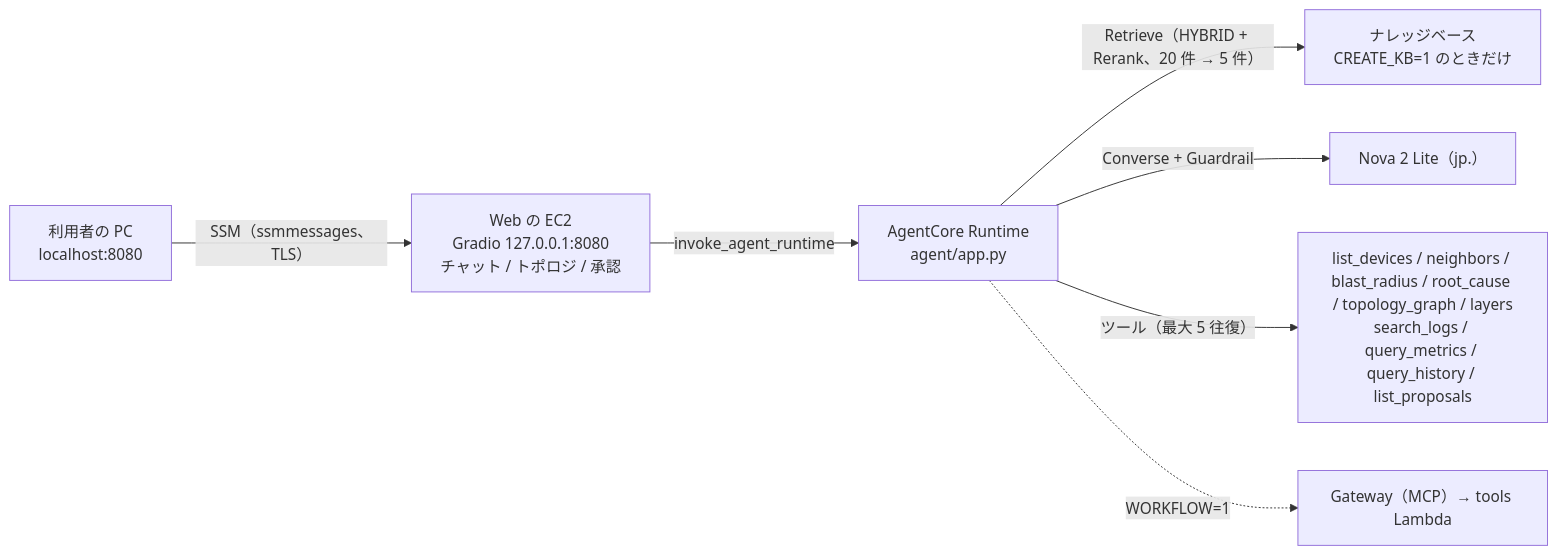
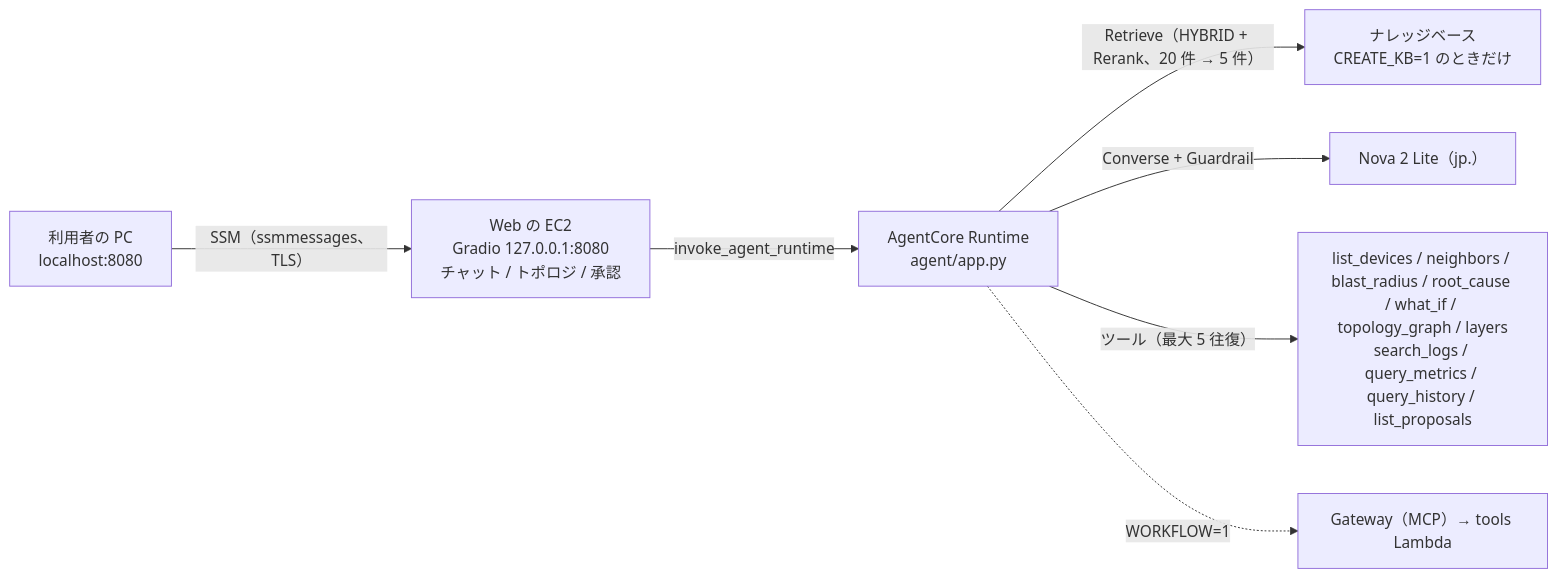
Before and after one commit to eddie-eights/nwc-poc: the diagram in docs/architecture/agent.md, drawn with Mermaid. The commit also changed 12 other files, not shown here.

````diff
--- a/docs/architecture/agent.md
+++ b/docs/architecture/agent.md
@@ -9,9 +9,9 @@
 ```mermaid
 flowchart LR
   PC["利用者の PC<br/>localhost:8080"] -->|"SSM（ssmmessages、TLS）"| WEB["Web の EC2<br/>Gradio 127.0.0.1:8080<br/>チャット / トポロジ / 承認"]
   WEB -->|"invoke_agent_runtime"| RT["AgentCore Runtime<br/>agent/app.py"]
   RT -->|"Retrieve（HYBRID + Rerank、20 件 → 5 件）"| KB["ナレッジベース<br/>CREATE_KB=1 のときだけ"]
   RT -->|"Converse + Guardrail"| LLM["Nova 2 Lite（jp.）"]
-  RT -->|"ツール（最大 5 往復）"| TOOLS["list_devices / neighbors / blast_radius / root_cause / topology_graph / layers<br/>search_logs / query_metrics / query_history / list_proposals"]
+  RT -->|"ツール（最大 5 往復）"| TOOLS["list_devices / neighbors / blast_radius / root_cause / what_if / topology_graph / layers<br/>search_logs / query_metrics / query_history / list_proposals"]
   RT -.->|"WORKFLOW=1"| GW["Gateway（MCP）→ tools Lambda"]
 ```
````
